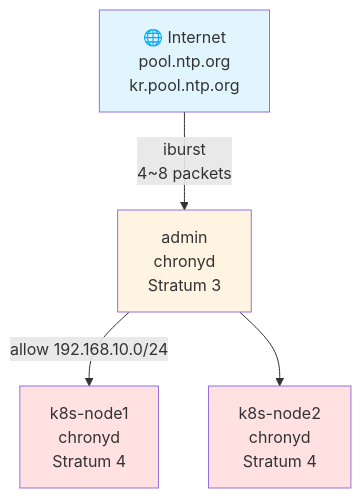
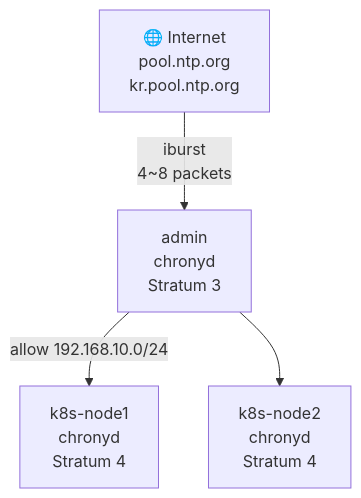
One commit to juwon8891/juwon8891.github.io changed the third of 8 diagrams in docs/k8s-deploy/week6-kubespray-offline.md. Above: the diagram before and after it, drawn with Mermaid. The commit also changed other lines of this file and 18 other files, not shown here.

Commit message:
Remove bright colors from Mermaid diagrams for dark mode compatibility

````diff
--- a/docs/k8s-deploy/week6-kubespray-offline.md
+++ b/docs/k8s-deploy/week6-kubespray-offline.md
@@ -247,14 +242,10 @@
 ```mermaid
 graph TB
     Internet["🌐 Internet<br/>pool.ntp.org<br/>kr.pool.ntp.org"]
 
     Internet -->|"iburst<br/>4~8 packets"| AdminNTP["admin<br/>chronyd<br/>Stratum 3"]
 
     AdminNTP -->|"allow 192.168.10.0/24"| Node1NTP["k8s-node1<br/>chronyd<br/>Stratum 4"]
     AdminNTP --> Node2NTP["k8s-node2<br/>chronyd<br/>Stratum 4"]
 
-    style Internet fill:#e1f5ff
-    style AdminNTP fill:#fff4e1
-    style Node1NTP fill:#ffe1e1
-    style Node2NTP fill:#ffe1e1
 ```
````
